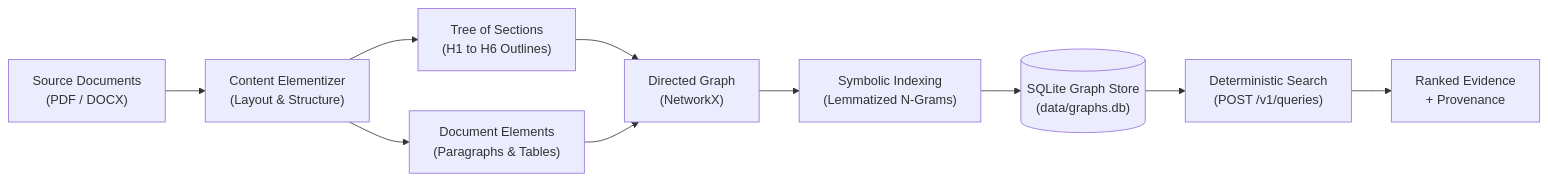
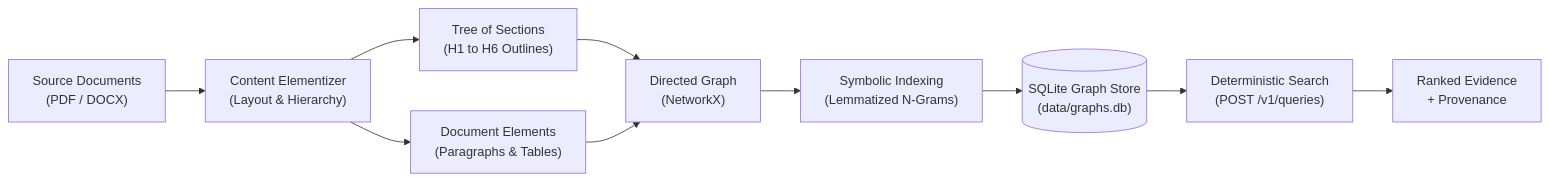
The diagram in README.md (TalkingDB/module-ttt), drawn with Mermaid before and after one commit. The commit also changed other lines of this file and 7 other files, not shown here.

Commit message:
docs: streamline README with hero graphic and modularize deep-dives into docs section

````diff
--- a/README.md
+++ b/README.md
@@ -13,12 +18,12 @@
 ```mermaid
 flowchart LR
-    A["Source Documents<br>(PDF / DOCX)"] --> B["Content Elementizer<br>(Layout & Structure)"]
+    A["Source Documents<br>(PDF / DOCX)"] --> B["Content Elementizer<br>(Layout & Hierarchy)"]
     B --> C["Tree of Sections<br>(H1 to H6 Outlines)"]
     B --> D["Document Elements<br>(Paragraphs & Tables)"]
     C --> E["Directed Graph<br>(NetworkX)"]
     D --> E
     E --> F["Symbolic Indexing<br>(Lemmatized N-Grams)"]
     F --> G[("SQLite Graph Store<br>(data/graphs.db)")]
     G --> H["Deterministic Search<br>(POST /v1/queries)"]
     H --> I["Ranked Evidence<br>+ Provenance"]
 ```
````
